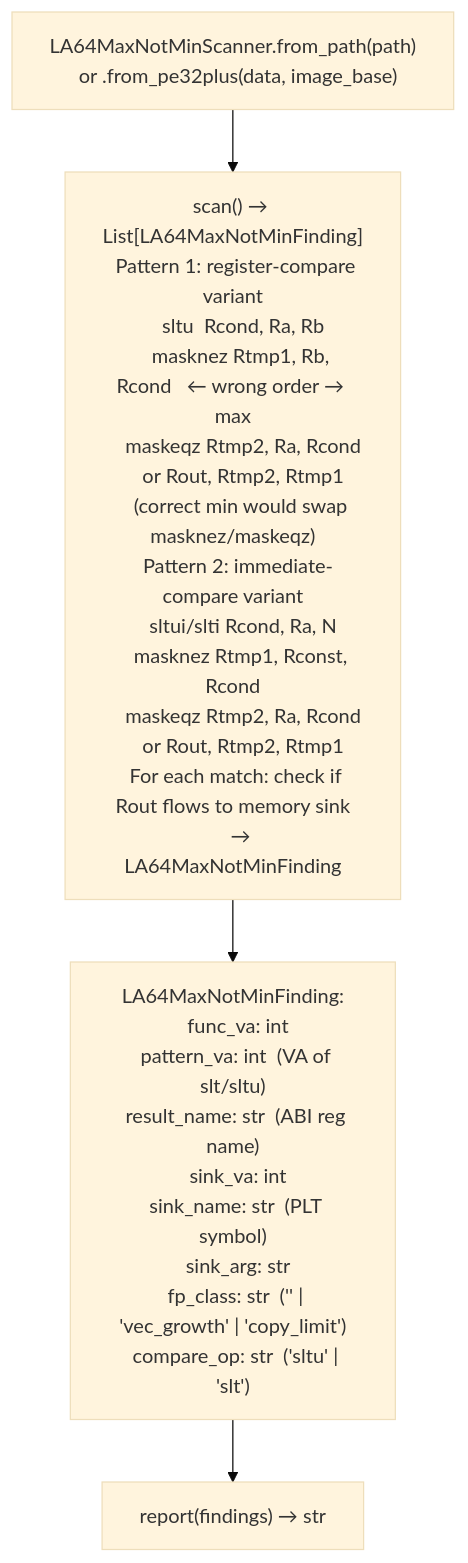
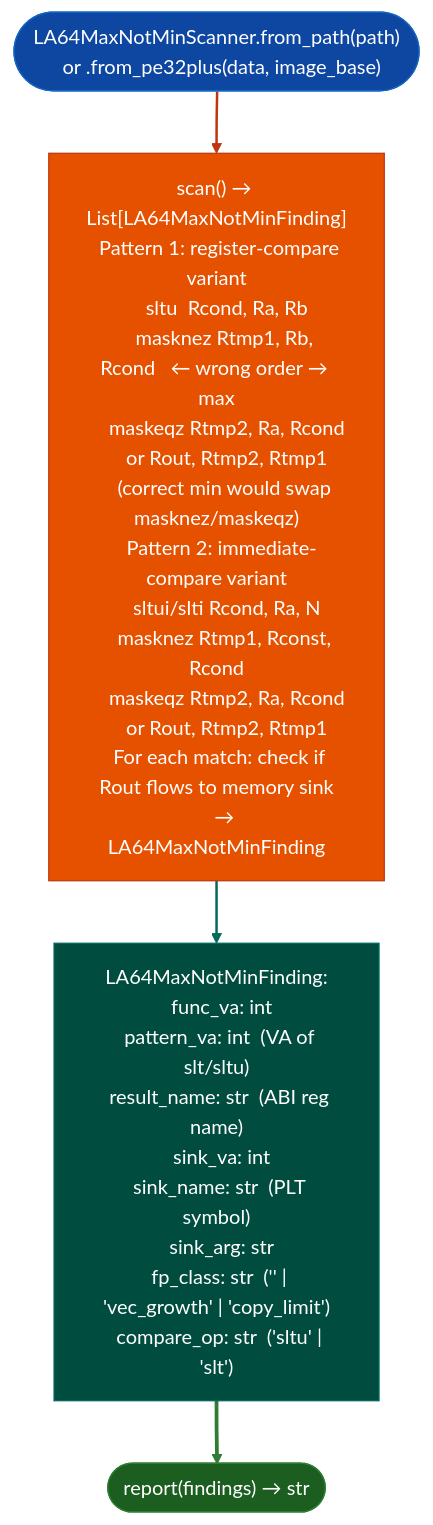
Before and after one commit to Ablation-Tool/ablation: the diagram in docs/reference-modules/loongarch64-2.md, drawn with Mermaid (base theme). The commit also changed 320 other files, not shown here.

First line of the commit message:
docs: apply canonical Mermaid template to all 321 diagrams

````diff
--- a/docs/reference-modules/loongarch64-2.md
+++ b/docs/reference-modules/loongarch64-2.md
@@ -19,6 +19,15 @@
 ```mermaid
 flowchart TD
-    A["LA64MaxNotMinScanner.from_path(path)\n  or .from_pe32plus(data, image_base)"] --> B["scan() → List[LA64MaxNotMinFinding]\n  Pattern 1: register-compare variant\n    sltu  Rcond, Ra, Rb\n    masknez Rtmp1, Rb, Rcond   ← wrong order → max\n    maskeqz Rtmp2, Ra, Rcond\n    or Rout, Rtmp2, Rtmp1\n    (correct min would swap masknez/maskeqz)\n  Pattern 2: immediate-compare variant\n    sltui/slti Rcond, Ra, N\n    masknez Rtmp1, Rconst, Rcond\n    maskeqz Rtmp2, Ra, Rcond\n    or Rout, Rtmp2, Rtmp1\n  For each match: check if Rout flows to memory sink\n    → LA64MaxNotMinFinding"]
-    B --> C["LA64MaxNotMinFinding:\n  func_va: int\n  pattern_va: int  (VA of slt/sltu)\n  result_name: str  (ABI reg name)\n  sink_va: int\n  sink_name: str  (PLT symbol)\n  sink_arg: str\n  fp_class: str  ('' | 'vec_growth' | 'copy_limit')\n  compare_op: str  ('sltu' | 'slt')"]
-    C --> D["report(findings) → str"]
+    A(["LA64MaxNotMinScanner.from_path(path)\n  or .from_pe32plus(data, image_base)"]):::input --> B["scan() → List[LA64MaxNotMinFinding]\n  Pattern 1: register-compare variant\n    sltu  Rcond, Ra, Rb\n    masknez Rtmp1, Rb, Rcond   ← wrong order → max\n    maskeqz Rtmp2, Ra, Rcond\n    or Rout, Rtmp2, Rtmp1\n    (correct min would swap masknez/maskeqz)\n  Pattern 2: immediate-compare variant\n    sltui/slti Rcond, Ra, N\n    masknez Rtmp1, Rconst, Rcond\n    maskeqz Rtmp2, Ra, Rcond\n    or Rout, Rtmp2, Rtmp1\n  For each match: check if Rout flows to memory sink\n    → LA64MaxNotMinFinding"]:::primary
+    B:::primary --> C["LA64MaxNotMinFinding:\n  func_va: int\n  pattern_va: int  (VA of slt/sltu)\n  result_name: str  (ABI reg name)\n  sink_va: int\n  sink_name: str  (PLT symbol)\n  sink_arg: str\n  fp_class: str  ('' | 'vec_growth' | 'copy_limit')\n  compare_op: str  ('sltu' | 'slt')"]:::secondary
+    C:::secondary --> D(["report(findings) → str"]):::output
+    classDef input     fill:#0d47a1,stroke:#1565c0,color:#fff
+    classDef primary   fill:#e65100,stroke:#bf360c,color:#fff
+    classDef secondary fill:#004d40,stroke:#00695c,color:#fff
+    classDef tertiary  fill:#4a148c,stroke:#6a1b9a,color:#fff
+    classDef neutral   fill:#37474f,stroke:#546e7a,color:#fff
+    classDef output    fill:#1b5e20,stroke:#2e7d32,color:#fff
+    linkStyle 0 stroke:#bf360c,stroke-width:2px
+    linkStyle 1 stroke:#00695c,stroke-width:2px
+    linkStyle 2 stroke:#2e7d32,stroke-width:3px
 ```
````
